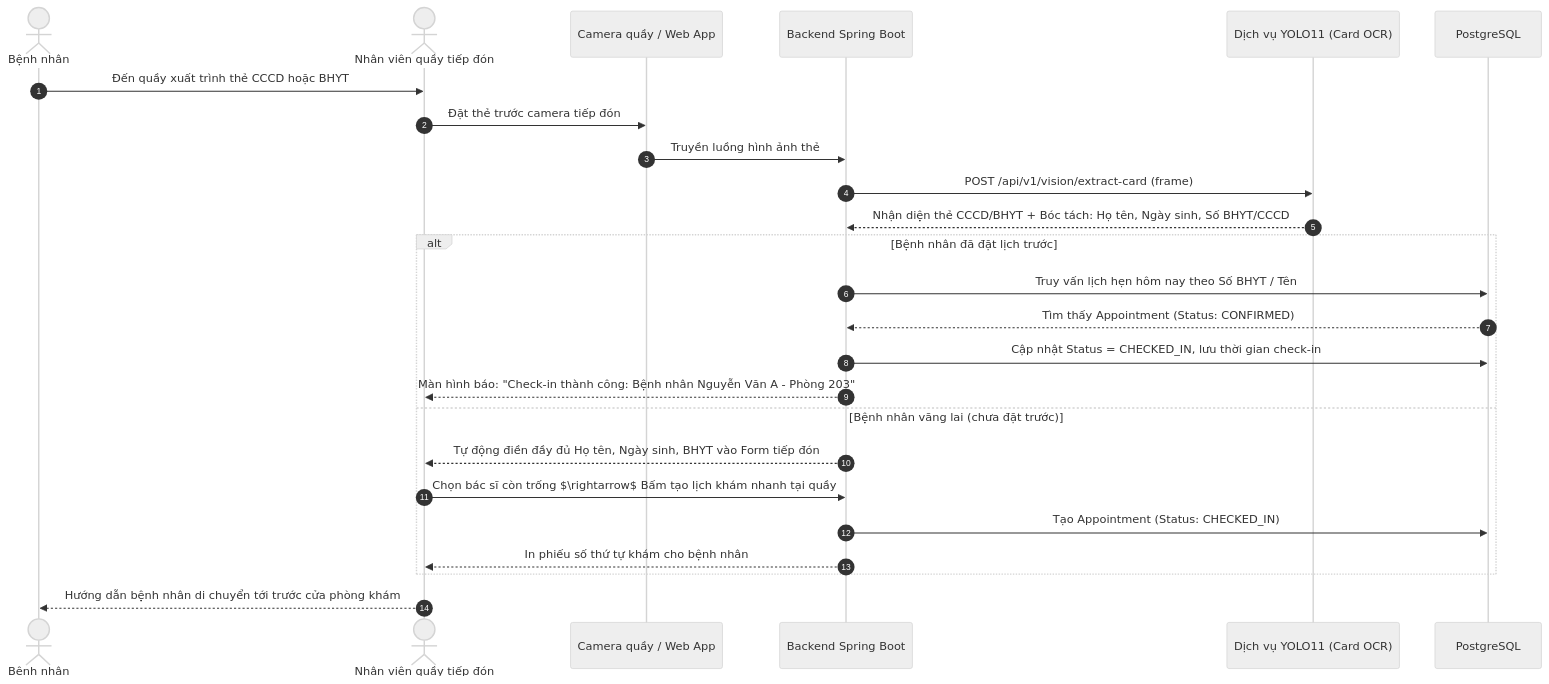
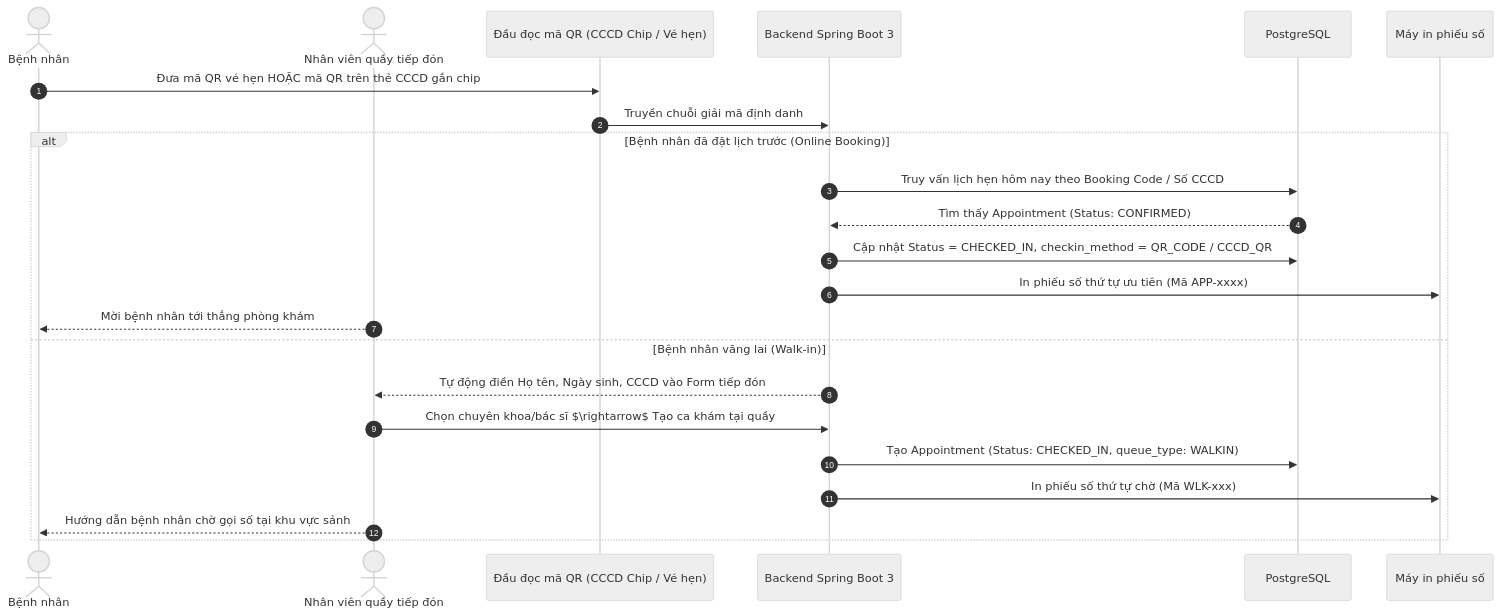
Before and after one commit to kietphuchau-create/KeHoach_Js2: the second of 3 diagrams in De_Xuat_Du_An_MedSched_Nhom.md, drawn with Mermaid (neutral theme). The commit also changed other lines of this file and 16 other files, not shown here.

Commit message:
feat: initialize database schema and add comprehensive project requirement documentation

````diff
--- a/De_Xuat_Du_An_MedSched_Nhom.md
+++ b/De_Xuat_Du_An_MedSched_Nhom.md
@@ -117,29 +107,27 @@
 ```mermaid
 sequenceDiagram
     autonumber
     actor Patient as Bệnh nhân
     actor Staff as Nhân viên quầy tiếp đón
-    participant Cam as Camera quầy / Web App
-    participant BE as Backend Spring Boot
-    participant YOLO as Dịch vụ YOLO11 (Card OCR)
+    participant SCN as Đầu đọc mã QR (CCCD Chip / Vé hẹn)
+    participant BE as Backend Spring Boot 3
     participant DB as PostgreSQL
+    participant PRN as Máy in phiếu số
 
-    Patient->>Staff: Đến quầy xuất trình thẻ CCCD hoặc BHYT
-    Staff->>Cam: Đặt thẻ trước camera tiếp đón
-    Cam->>BE: Truyền luồng hình ảnh thẻ
-    BE->>YOLO: POST /api/v1/vision/extract-card (frame)
-    YOLO-->>BE: Nhận diện thẻ CCCD/BHYT + Bóc tách: Họ tên, Ngày sinh, Số BHYT/CCCD
+    Patient->>SCN: Đưa mã QR vé hẹn HOẶC mã QR trên thẻ CCCD gắn chip
+    SCN->>BE: Truyền chuỗi giải mã định danh
     
-    alt Bệnh nhân đã đặt lịch trước
-        BE->>DB: Truy vấn lịch hẹn hôm nay theo Số BHYT / Tên
+    alt Bệnh nhân đã đặt lịch trước (Online Booking)
+        BE->>DB: Truy vấn lịch hẹn hôm nay theo Booking Code / Số CCCD
         DB-->>BE: Tìm thấy Appointment (Status: CONFIRMED)
-        BE->>DB: Cập nhật Status = CHECKED_IN, lưu thời gian check-in
-        BE-->>Staff: Màn hình báo: "Check-in thành công: Bệnh nhân Nguyễn Văn A - Phòng 203"
-    else Bệnh nhân vãng lai (chưa đặt trước)
-        BE-->>Staff: Tự động điền đầy đủ Họ tên, Ngày sinh, BHYT vào Form tiếp đón
-        Staff->>BE: Chọn bác sĩ còn trống $\rightarrow$ Bấm tạo lịch khám nhanh tại quầy
-        BE->>DB: Tạo Appointment (Status: CHECKED_IN)
-        BE-->>Staff: In phiếu số thứ tự khám cho bệnh nhân
+        BE->>DB: Cập nhật Status = CHECKED_IN, checkin_method = QR_CODE / CCCD_QR
+        BE->>PRN: In phiếu số thứ tự ưu tiên (Mã APP-xxxx)
+        Staff-->>Patient: Mời bệnh nhân tới thẳng phòng khám
+    else Bệnh nhân vãng lai (Walk-in)
+        BE-->>Staff: Tự động điền Họ tên, Ngày sinh, CCCD vào Form tiếp đón
+        Staff->>BE: Chọn chuyên khoa/bác sĩ $\rightarrow$ Tạo ca khám tại quầy
+        BE->>DB: Tạo Appointment (Status: CHECKED_IN, queue_type: WALKIN)
+        BE->>PRN: In phiếu số thứ tự chờ (Mã WLK-xxx)
+        Staff-->>Patient: Hướng dẫn bệnh nhân chờ gọi số tại khu vực sảnh
     end
-    Staff-->>Patient: Hướng dẫn bệnh nhân di chuyển tới trước cửa phòng khám
 ```
````
